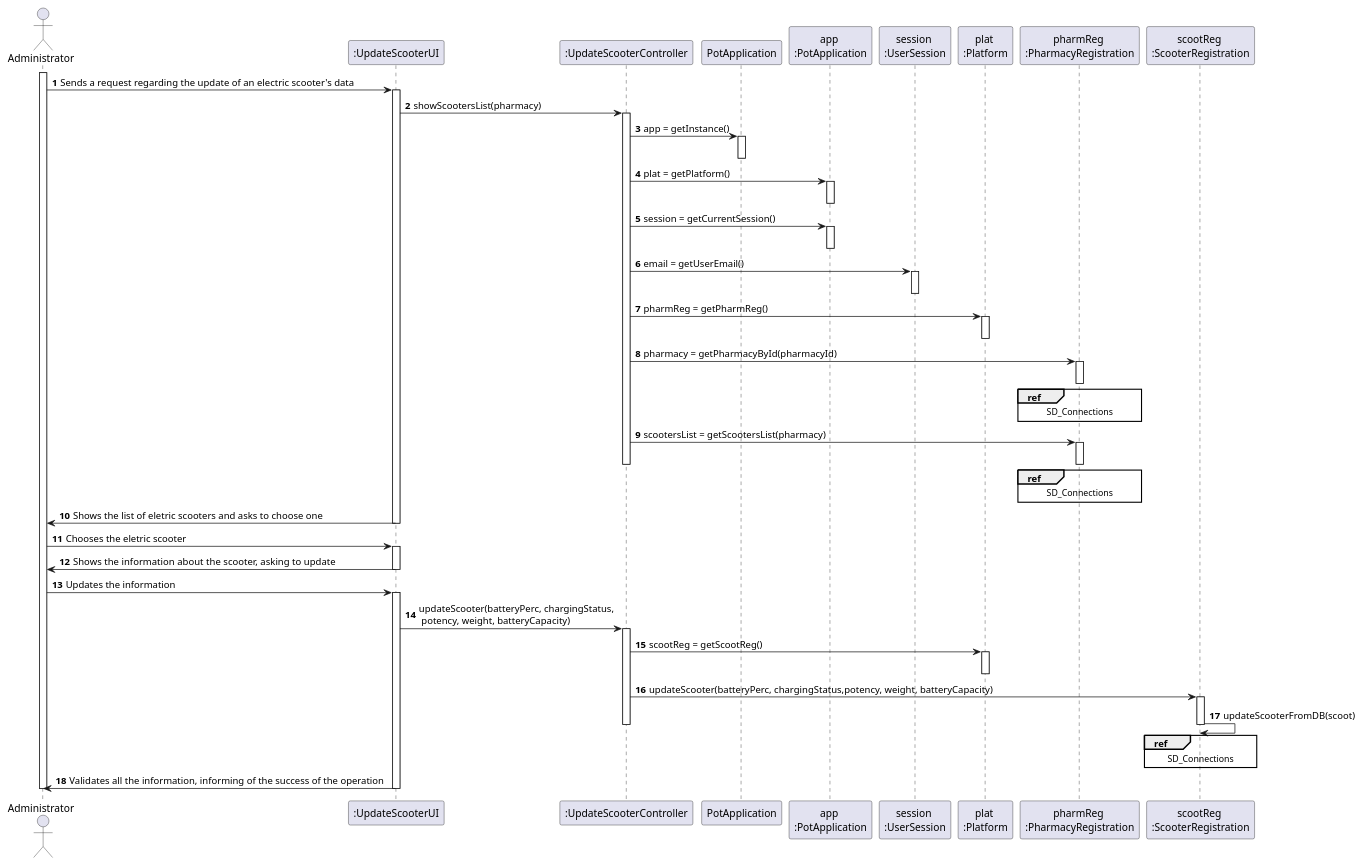
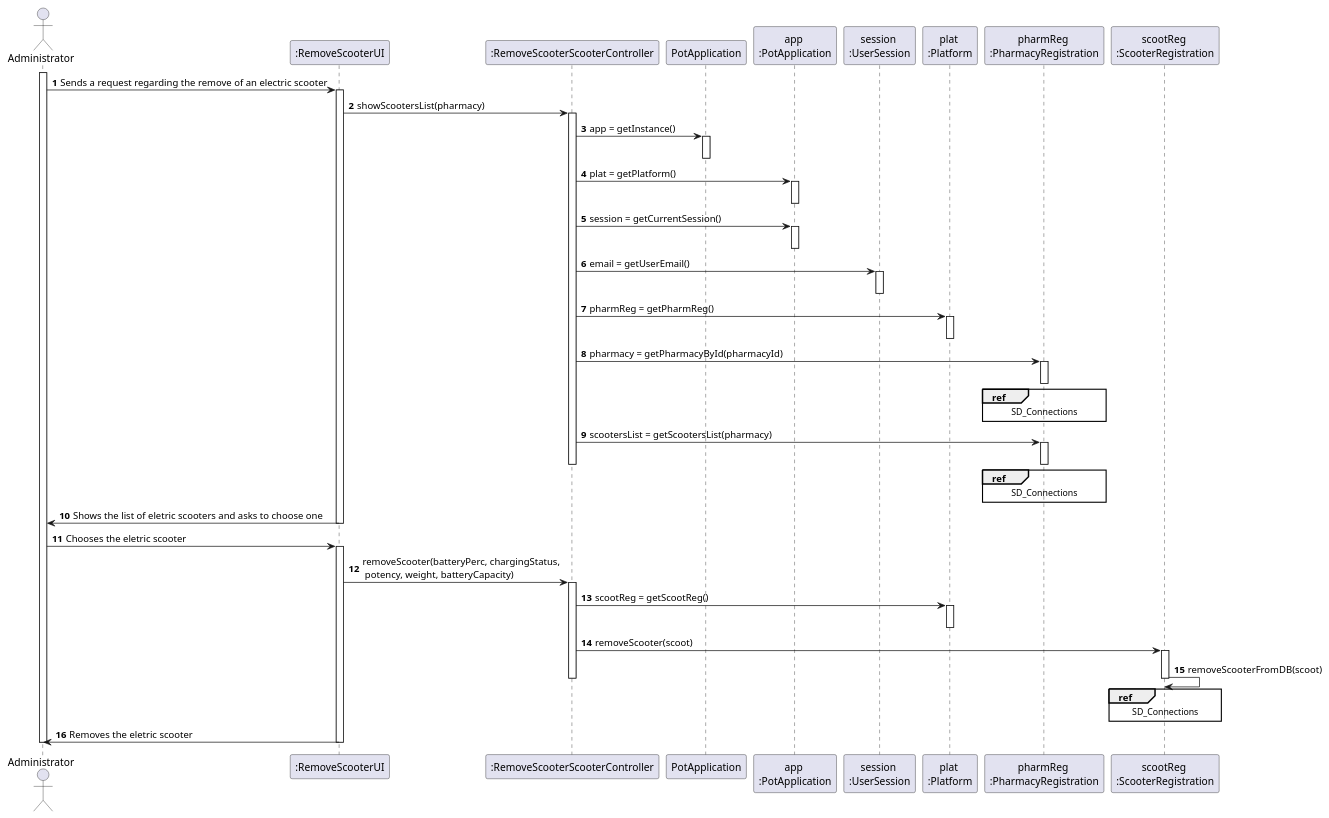
The diagram in docs/Iteration 1/Scooter Management/US22_RemoveScooter/US22_SD.puml (tiagoavcosta25/LAPR3), drawn with PlantUML before and after one commit. The commit also changed 3 other files, not shown here.

```diff
--- a/docs/Iteration 1/Scooter Management/US22_RemoveScooter/US22_SD.puml
+++ b/docs/Iteration 1/Scooter Management/US22_RemoveScooter/US22_SD.puml
@@ -1,80 +1,74 @@
 @startuml
 autonumber
 actor "Administrator" as ADMIN
 
-participant ":UpdateScooterUI" as UI
-participant ":UpdateScooterController" as CTRL
+participant ":RemoveScooterUI" as UI
+participant ":RemoveScooterScooterController" as CTRL
 participant "PotApplication" as PA
 participant "app \n:PotApplication" as APA
 participant "session \n:UserSession" as US
 participant "plat \n:Platform" as PLAT
 participant "pharmReg \n:PharmacyRegistration" as PH
 participant "scootReg \n:ScooterRegistration" as RS
 
 
 
 activate ADMIN
 
-ADMIN -> UI : Sends a request regarding the update of an electric scooter's data
+ADMIN -> UI : Sends a request regarding the remove of an electric scooter
 activate UI
 UI -> CTRL : showScootersList(pharmacy)
 activate CTRL
 CTRL -> PA : app = getInstance()
 activate PA
 deactivate PA
 CTRL -> APA : plat = getPlatform()
 activate APA
 deactivate APA
 CTRL -> APA : session = getCurrentSession()
 activate APA
 deactivate APA
 CTRL -> US : email = getUserEmail()
 activate US
 deactivate US
 CTRL -> PLAT : pharmReg = getPharmReg()
 activate PLAT
 deactivate PLAT
 CTRL -> PH : pharmacy = getPharmacyById(pharmacyId)
 activate PH
 ref over PH
 SD_Connections
 end ref
 deactivate PH
 CTRL -> PH : scootersList = getScootersList(pharmacy)
 activate PH
 ref over PH
 SD_Connections
 end ref
 deactivate PH
 deactivate CTRL
 UI -> ADMIN : Shows the list of eletric scooters and asks to choose one
 deactivate UI
 
 ADMIN -> UI : Chooses the eletric scooter
 activate UI
-
-UI -> ADMIN : Shows the information about the scooter, asking to update
-deactivate UI
-
-ADMIN -> UI : Updates the information
-activate UI
-UI -> CTRL : updateScooter(batteryPerc, chargingStatus,\n potency, weight, batteryCapacity)
+UI -> CTRL : removeScooter(batteryPerc, chargingStatus,\n potency, weight, batteryCapacity)
 activate CTRL
 CTRL -> PLAT : scootReg = getScootReg()
 activate PLAT
 deactivate PLAT
-CTRL -> RS : updateScooter(batteryPerc, chargingStatus,potency, weight, batteryCapacity)
+CTRL -> RS : removeScooter(scoot)
 activate RS
-RS -> RS : updateScooterFromDB(scoot)
+RS -> RS : removeScooterFromDB(scoot)
 ref over RS
 SD_Connections
 end ref
 deactivate RS
 deactivate CTRL
-UI -> ADMIN : Validates all the information, informing of the success of the operation
+UI -> ADMIN : Removes the eletric scooter
 
 deactivate UI
 
 deactivate ADMIN
 
 @enduml
```
